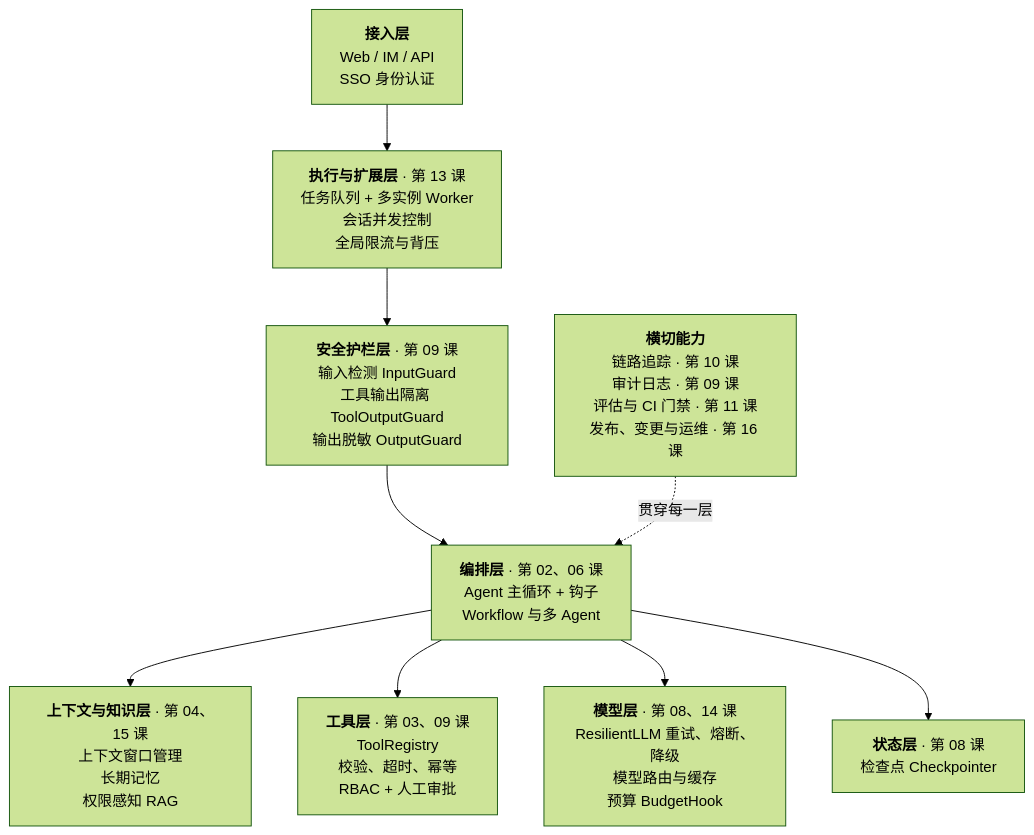
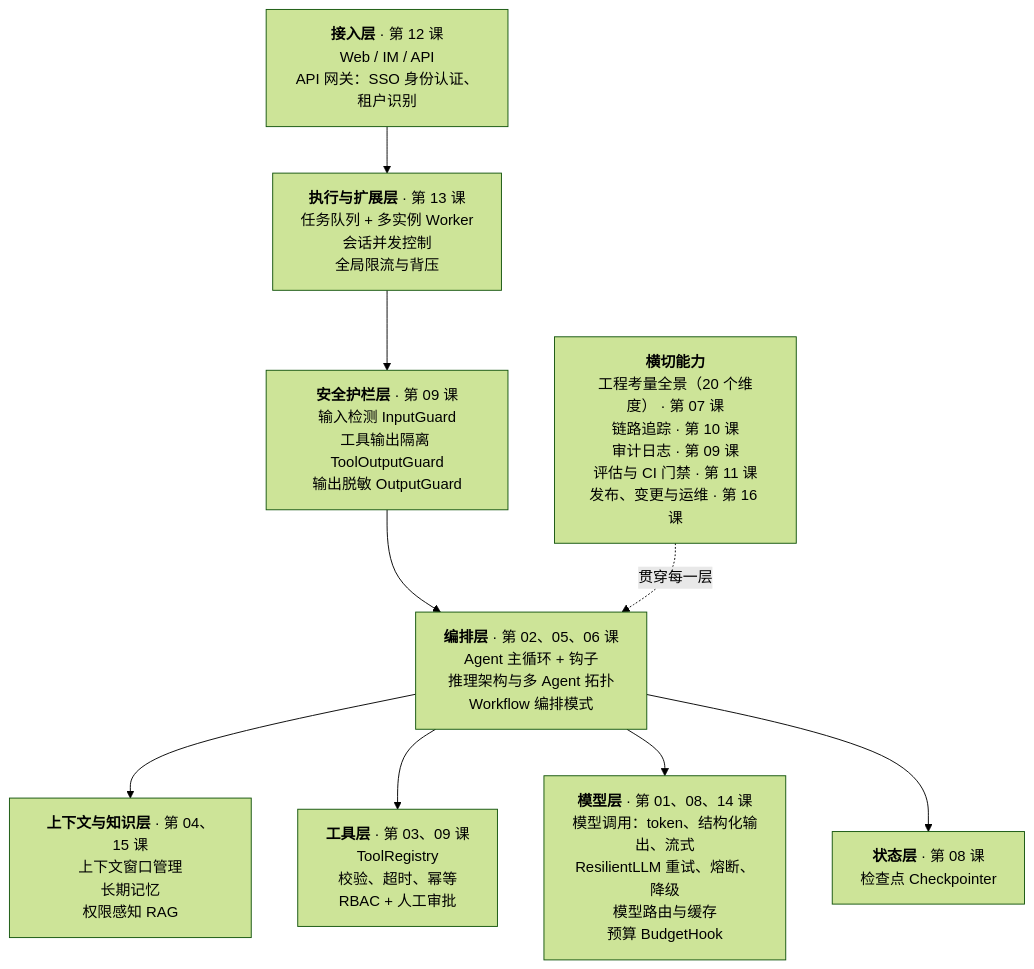
Before and after one commit to heaven999b/hello-agent-system: the fourth of 5 diagrams in lessons/00_overview/README.md, drawn with Mermaid (forest theme). The commit also changed other lines of this file and 29 other files, not shown here.

````diff
--- a/lessons/00_overview/README.md
+++ b/lessons/00_overview/README.md
@@ -113,18 +115,18 @@
 ```mermaid
 flowchart TB
-    ENTRY["<b>接入层</b><br/>Web / IM / API<br/>SSO 身份认证"]
+    ENTRY["<b>接入层</b> · 第 12 课<br/>Web / IM / API<br/>API 网关：SSO 身份认证、租户识别"]
     EXEC["<b>执行与扩展层</b> · 第 13 课<br/>任务队列 + 多实例 Worker<br/>会话并发控制<br/>全局限流与背压"]
     GUARD["<b>安全护栏层</b> · 第 09 课<br/>输入检测 InputGuard<br/>工具输出隔离 ToolOutputGuard<br/>输出脱敏 OutputGuard"]
-    ORCH["<b>编排层</b> · 第 02、06 课<br/>Agent 主循环 + 钩子<br/>Workflow 与多 Agent"]
+    ORCH["<b>编排层</b> · 第 02、05、06 课<br/>Agent 主循环 + 钩子<br/>推理架构与多 Agent 拓扑<br/>Workflow 编排模式"]
     CTX["<b>上下文与知识层</b> · 第 04、15 课<br/>上下文窗口管理<br/>长期记忆<br/>权限感知 RAG"]
     TOOLS["<b>工具层</b> · 第 03、09 课<br/>ToolRegistry<br/>校验、超时、幂等<br/>RBAC + 人工审批"]
-    MODEL["<b>模型层</b> · 第 08、14 课<br/>ResilientLLM 重试、熔断、降级<br/>模型路由与缓存<br/>预算 BudgetHook"]
+    MODEL["<b>模型层</b> · 第 01、08、14 课<br/>模型调用：token、结构化输出、流式<br/>ResilientLLM 重试、熔断、降级<br/>模型路由与缓存<br/>预算 BudgetHook"]
     STATE["<b>状态层</b> · 第 08 课<br/>检查点 Checkpointer"]
-    XCUT["<b>横切能力</b><br/>链路追踪 · 第 10 课<br/>审计日志 · 第 09 课<br/>评估与 CI 门禁 · 第 11 课<br/>发布、变更与运维 · 第 16 课"]
+    XCUT["<b>横切能力</b><br/>工程考量全景（20 个维度） · 第 07 课<br/>链路追踪 · 第 10 课<br/>审计日志 · 第 09 课<br/>评估与 CI 门禁 · 第 11 课<br/>发布、变更与运维 · 第 16 课"]
     ENTRY --> EXEC --> GUARD --> ORCH
     ORCH --> CTX
     ORCH --> TOOLS
     ORCH --> MODEL
     ORCH --> STATE
     XCUT -.->|"贯穿每一层"| ORCH
 ```
````
